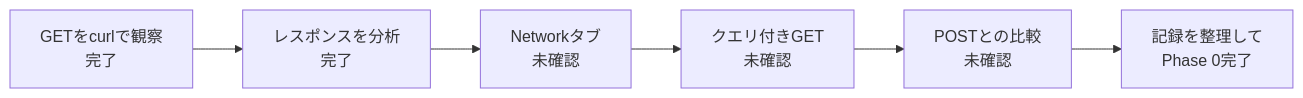
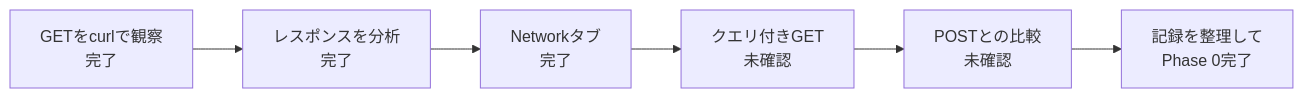
Before and after one commit to mgmaru/go-http-security-lab: the diagram in docs/review/phase-0-review.md, drawn with Mermaid. The commit also changed other lines of this file, not shown here.

````diff
--- a/docs/review/phase-0-review.md
+++ b/docs/review/phase-0-review.md
@@ -20,8 +21,8 @@
 ```mermaid
 flowchart LR
     A["GETをcurlで観察<br/>完了"] --> B["レスポンスを分析<br/>完了"]
-    B --> C["Networkタブ<br/>未確認"]
+    B --> C["Networkタブ<br/>完了"]
     C --> D["クエリ付きGET<br/>未確認"]
     D --> E["POSTとの比較<br/>未確認"]
     E --> F["記録を整理して<br/>Phase 0完了"]
 ```
````
